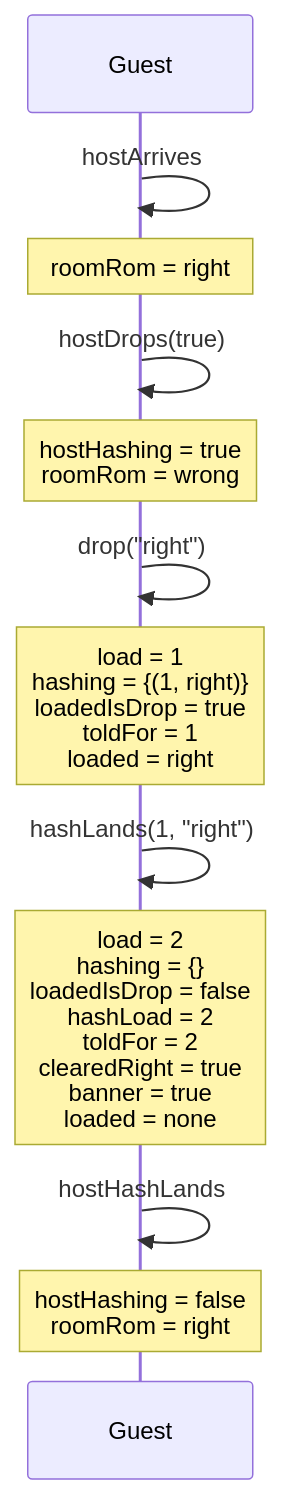
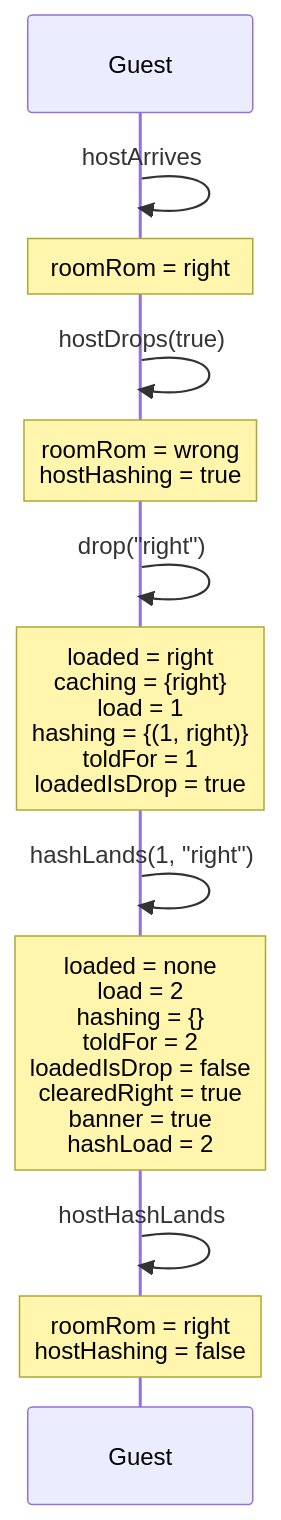
Diagram 22 of 27 in docs/spec-traces.md (kwilson21/kaillera-next), drawn with Mermaid before and after one commit. The commit also changed other lines of this file and 11 other files, not shown here.

````diff
--- a/docs/spec-traces.md
+++ b/docs/spec-traces.md
@@ -612,14 +612,14 @@
 ```mermaid
 sequenceDiagram
   participant Guest
   Guest->>Guest: hostArrives
   Note over Guest: roomRom = right
   Guest->>Guest: hostDrops(true)
-  Note over Guest: hostHashing = true<br/>roomRom = wrong
+  Note over Guest: roomRom = wrong<br/>hostHashing = true
   Guest->>Guest: drop("right")
-  Note over Guest: load = 1<br/>hashing = {(1, right)}<br/>loadedIsDrop = true<br/>toldFor = 1<br/>loaded = right
+  Note over Guest: loaded = right<br/>caching = {right}<br/>load = 1<br/>hashing = {(1, right)}<br/>toldFor = 1<br/>loadedIsDrop = true
   Guest->>Guest: hashLands(1, "right")
-  Note over Guest: load = 2<br/>hashing = {}<br/>loadedIsDrop = false<br/>hashLoad = 2<br/>toldFor = 2<br/>clearedRight = true<br/>banner = true<br/>loaded = none
+  Note over Guest: loaded = none<br/>load = 2<br/>hashing = {}<br/>toldFor = 2<br/>loadedIsDrop = false<br/>clearedRight = true<br/>banner = true<br/>hashLoad = 2
   Guest->>Guest: hostHashLands
-  Note over Guest: hostHashing = false<br/>roomRom = right
+  Note over Guest: roomRom = right<br/>hostHashing = false
 ```
````
